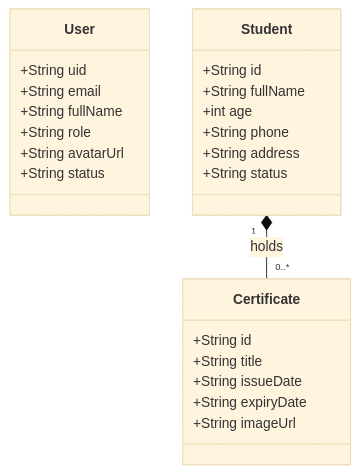
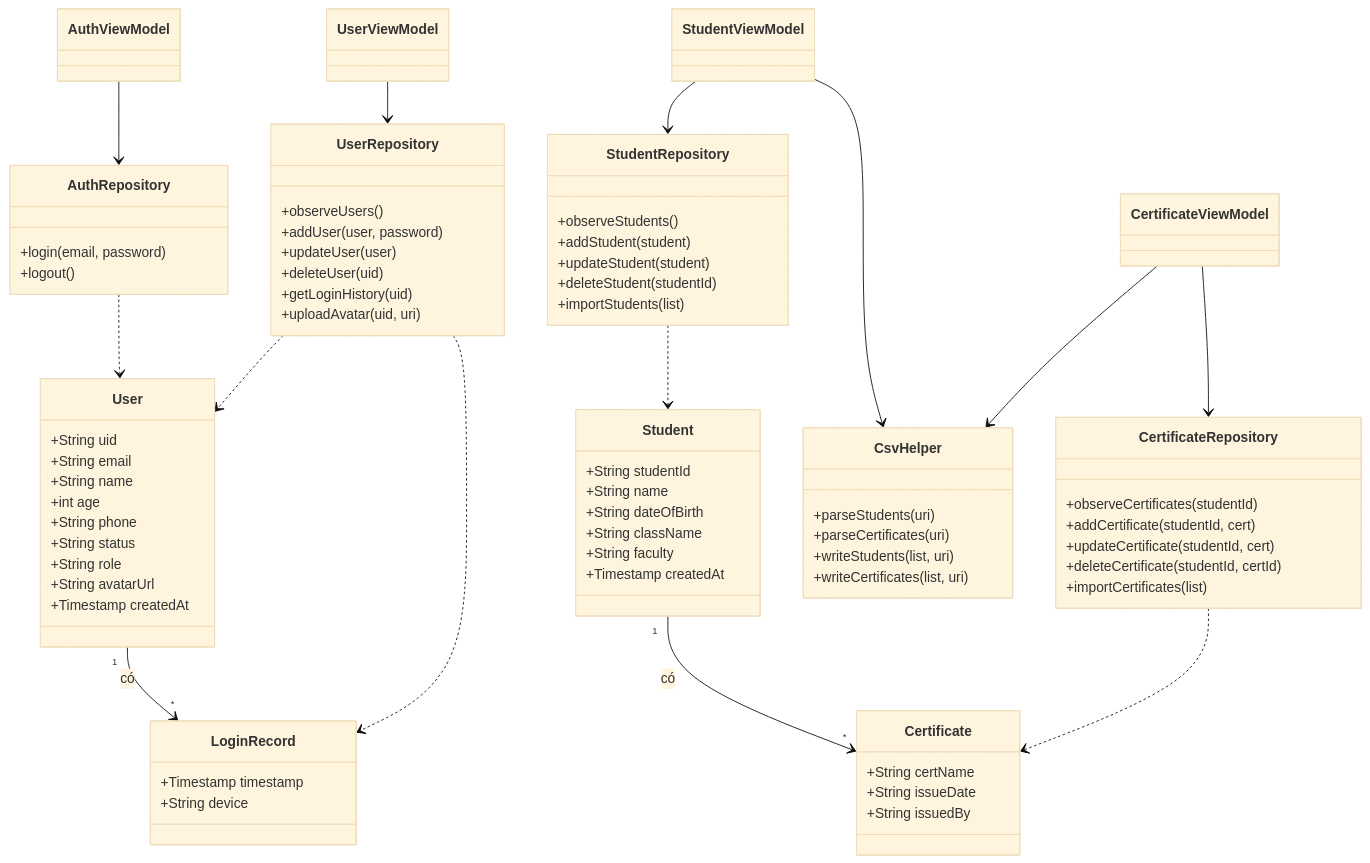
Before and after one commit to chimpk/student-management-midterm: the second of 8 diagrams in docs/uml.md, drawn with Mermaid (base theme). The commit also changed other lines of this file and 29 other files, not shown here.

````diff
--- a/docs/uml.md
+++ b/docs/uml.md
@@ -6,28 +55,83 @@
     class User {
         +String uid
         +String email
-        +String fullName
+        +String name
+        +int age
+        +String phone
+        +String status
         +String role
         +String avatarUrl
-        +String status
+        +Timestamp createdAt
+    }
+    class LoginRecord {
+        +Timestamp timestamp
+        +String device
+    }
+    class Student {
+        +String studentId
+        +String name
+        +String dateOfBirth
+        +String className
+        +String faculty
+        +Timestamp createdAt
+    }
+    class Certificate {
+        +String certName
+        +String issueDate
+        +String issuedBy
     }
 
-    class Student {
-        +String id
-        +String fullName
-        +int age
-        +String phone
-        +String address
-        +String status
+    class AuthRepository {
+        +login(email, password)
+        +logout()
+    }
+    class UserRepository {
+        +observeUsers()
+        +addUser(user, password)
+        +updateUser(user)
+        +deleteUser(uid)
+        +getLoginHistory(uid)
+        +uploadAvatar(uid, uri)
+    }
+    class StudentRepository {
+        +observeStudents()
+        +addStudent(student)
+        +updateStudent(student)
+        +deleteStudent(studentId)
+        +importStudents(list)
+    }
+    class CertificateRepository {
+        +observeCertificates(studentId)
+        +addCertificate(studentId, cert)
+        +updateCertificate(studentId, cert)
+        +deleteCertificate(studentId, certId)
+        +importCertificates(list)
+    }
+    class CsvHelper {
+        +parseStudents(uri)
+        +parseCertificates(uri)
+        +writeStudents(list, uri)
+        +writeCertificates(list, uri)
     }
 
-    class Certificate {
-        +String id
-        +String title
-        +String issueDate
-        +String expiryDate
-        +String imageUrl
-    }
+    class AuthViewModel
+    class UserViewModel
+    class StudentViewModel
+    class CertificateViewModel
 
-    Student "1" *-- "0..*" Certificate : holds
+    User "1" --> "*" LoginRecord : có
+    Student "1" --> "*" Certificate : có
+
+    AuthViewModel --> AuthRepository
+    UserViewModel --> UserRepository
+    StudentViewModel --> StudentRepository
+    StudentViewModel --> CsvHelper
+    CertificateViewModel --> CertificateRepository
+    CertificateViewModel --> CsvHelper
+
+    AuthRepository ..> User
+    UserRepository ..> User
+    UserRepository ..> LoginRecord
+    StudentRepository ..> Student
+    CertificateRepository ..> Certificate
 ```
````
